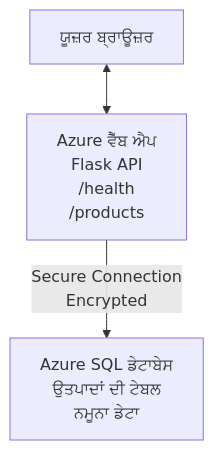
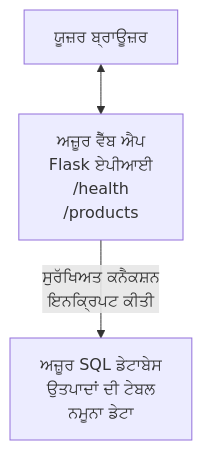
The diagram in translations/pa/examples/database-app/README.md (microsoft/AZD-for-beginners), drawn with Mermaid before and after one commit. The commit also changed other lines of this file and 101 other files, not shown here.

````diff
--- a/translations/pa/examples/database-app/README.md
+++ b/translations/pa/examples/database-app/README.md
@@ -72,5 +73,5 @@
 ```mermaid
 graph TD
-    Browser[ਯੂਜ਼ਰ ਬ੍ਰਾਊਜ਼ਰ] <--> WebApp[Azure ਵੈੱਬ ਐਪ<br/>Flask API<br/>/health<br/>/products]
-    WebApp -- Secure Connection<br/>Encrypted --> SQL[Azure SQL ਡੇਟਾਬੇਸ<br/>ਉਤਪਾਦਾਂ ਦੀ ਟੇਬਲ<br/>ਨਮੂਨਾ ਡੇਟਾ]
+    Browser[ਯੂਜ਼ਰ ਬ੍ਰਾਊਜ਼ਰ] <--> WebApp[ਅਜ਼ੂਰ ਵੈੱਬ ਐਪ<br/>Flask ਏਪੀਆਈ<br/>/health<br/>/products]
+    WebApp -- ਸੁਰੱਖਿਅਤ ਕਨੈਕਸ਼ਨ<br/>ਇਨਕ੍ਰਿਪਟ ਕੀਤੀ --> SQL[ਅਜ਼ੂਰ SQL ਡੇਟਾਬੇਸ<br/>ਉਤਪਾਦਾਂ ਦੀ ਟੇਬਲ<br/>ਨਮੂਨਾ ਡੇਟਾ]
 ```
````
